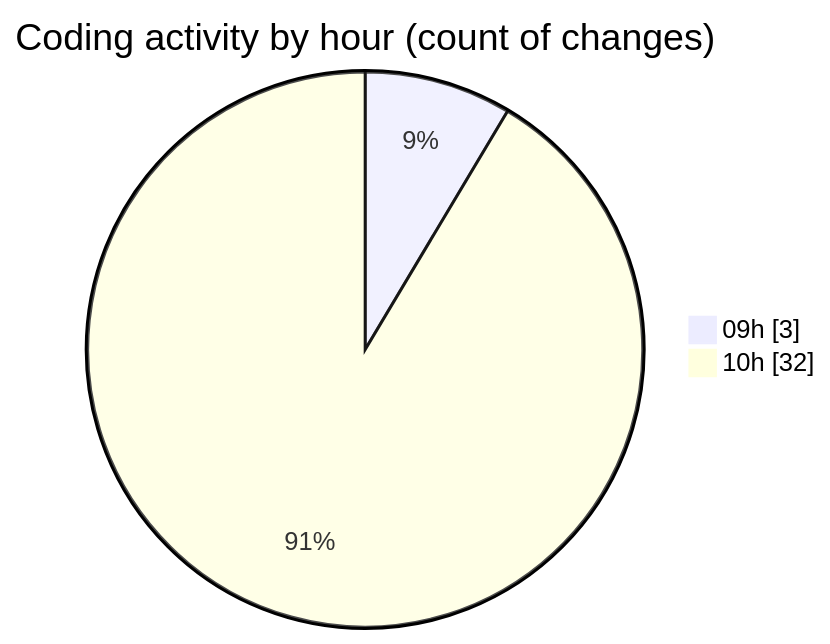
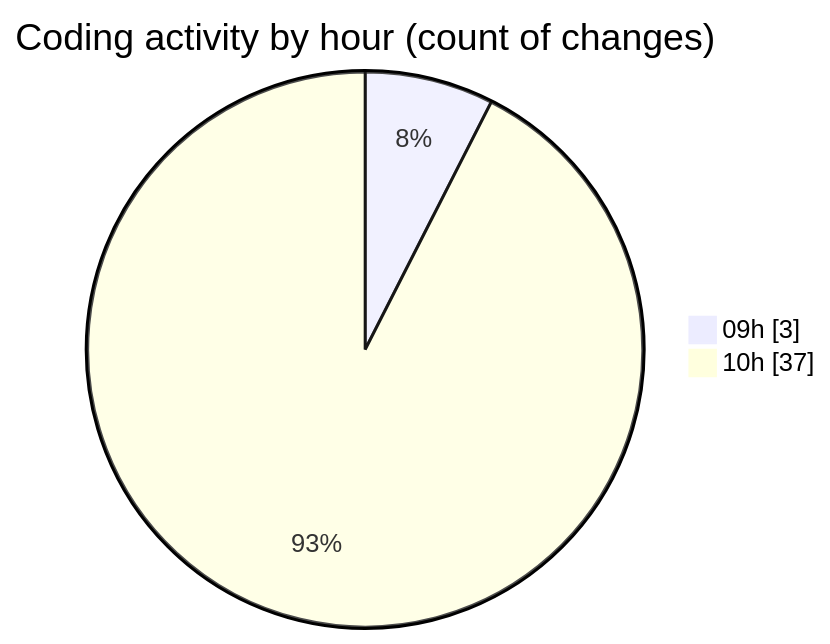
Before and after one commit to momahboobian/code-tracking: the second of 2 diagrams in 2025-11-19/cda/README.md, drawn with Mermaid. The commit also changed other lines of this file and 1 other file, not shown here.

````diff
--- a/2025-11-19/cda/README.md
+++ b/2025-11-19/cda/README.md
@@ -30,6 +30,6 @@
 ```mermaid
 pie showData
 title Coding activity by hour (count of changes)
 "09h" : 3
-"10h" : 32
+"10h" : 37
 ```
````
